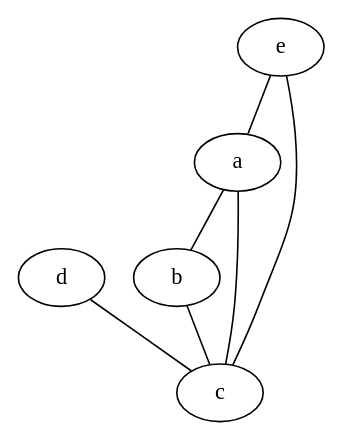
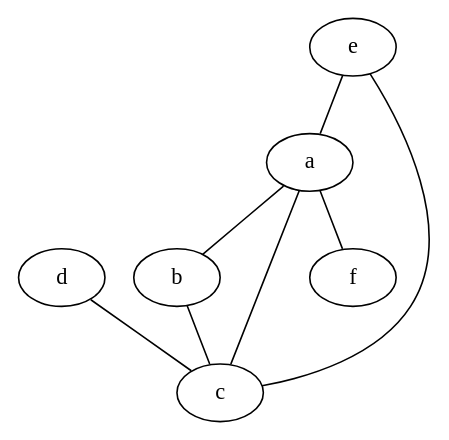
One commit to DylanYang/gittest changed the diagram in abc.dot. Above: the diagram before and after it, drawn with Graphviz.

```diff
--- a/abc.dot
+++ b/abc.dot
@@ -1,8 +1,9 @@
 graph { 
     a -- b; 
     b -- c; 
     a -- c; 
     d -- c; 
     e -- c; 
-    e -- a; 
+    e -- a;
+    a -- f;
   }
```
